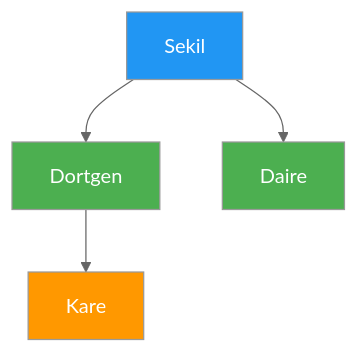
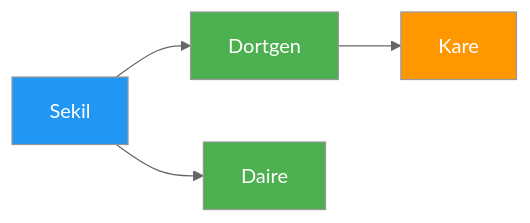
One commit to serkanMzlm/MechatronicsNotebook changed the diagram in docs/md/programming/python.md. Above: the diagram before and after it, drawn with Mermaid (neutral theme). The commit also changed other lines of this file and 1 other file, not shown here.

````diff
--- a/docs/md/programming/python.md
+++ b/docs/md/programming/python.md
@@ -585,10 +470,10 @@
 ```mermaid
-graph TD
+graph LR
     A[Sekil] --> B[Dortgen]
     A --> C[Daire]
     B --> D[Kare]
     style A fill:#2196F3,color:#fff
     style B fill:#4CAF50,color:#fff
     style C fill:#4CAF50,color:#fff
     style D fill:#FF9800,color:#fff
 ```
````
